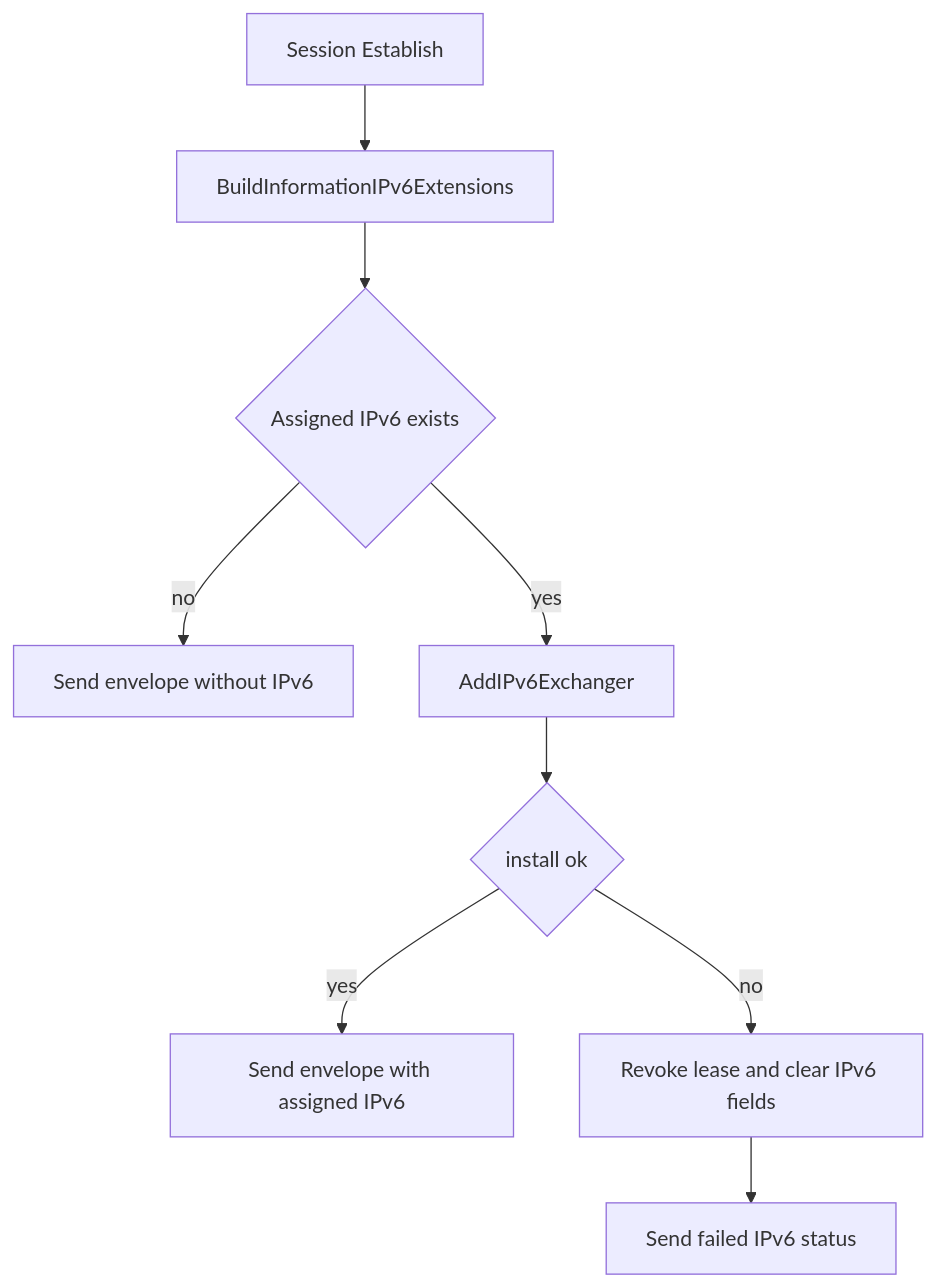
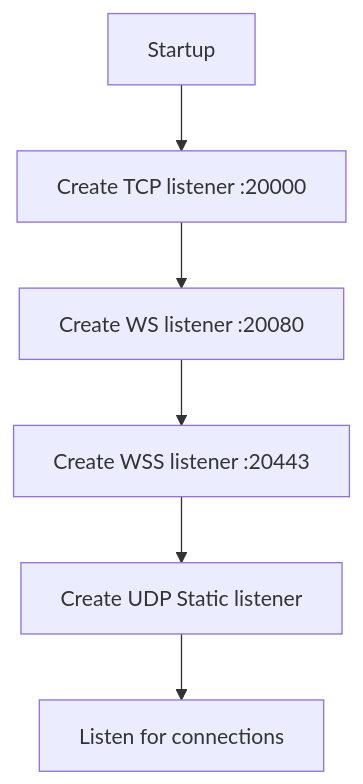
One commit to HyacinthHaru/openppp2 changed the third of 11 diagrams in docs/SERVER_ARCHITECTURE.md. Above: the diagram before and after it, drawn with Mermaid. The commit also changed other lines of this file and 31 other files, not shown here.

````diff
--- a/docs/SERVER_ARCHITECTURE.md
+++ b/docs/SERVER_ARCHITECTURE.md
@@ -249,11 +123,8 @@
 ```mermaid
 flowchart TD
-    A[Session Establish] --> B[BuildInformationIPv6Extensions]
-    B --> C{Assigned IPv6 exists}
-    C -- no --> D[Send envelope without IPv6]
-    C -- yes --> E[AddIPv6Exchanger]
-    E --> F{install ok}
-    F -- yes --> G[Send envelope with assigned IPv6]
-    F -- no --> H[Revoke lease and clear IPv6 fields]
-    H --> I[Send failed IPv6 status]
+    A[Startup] --> B[Create TCP listener :20000]
+    B --> C[Create WS listener :20080]
+    C --> D[Create WSS listener :20443]
+    D --> E[Create UDP Static listener]
+    E --> F[Listen for connections]
 ```
````
